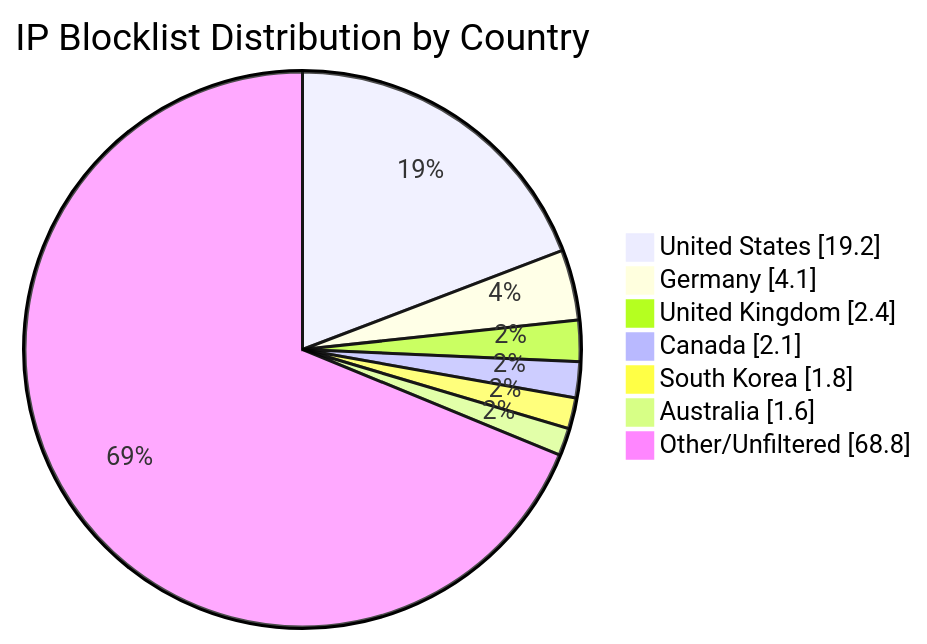
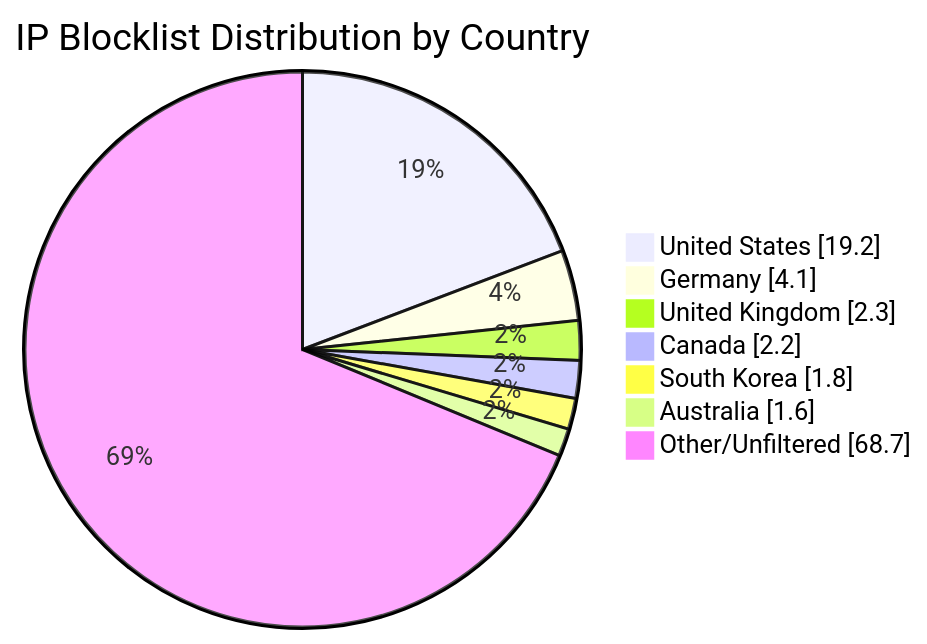
The diagram in README.md (MarcusHoltz/ipblocklist-geofiltered-aggregator), drawn with Mermaid before and after one commit. The commit also changed other lines of this file and 9 other files, not shown here.

````diff
--- a/README.md
+++ b/README.md
@@ -34,10 +34,10 @@
 ```mermaid
 pie showData title IP Blocklist Distribution by Country
 "United States" : 19.2
 "Germany" : 4.1
-"United Kingdom" : 2.4
-"Canada" : 2.1
+"United Kingdom" : 2.3
+"Canada" : 2.2
 "South Korea" : 1.8
 "Australia" : 1.6
-"Other/Unfiltered" : 68.8
+"Other/Unfiltered" : 68.7
 ```
````
